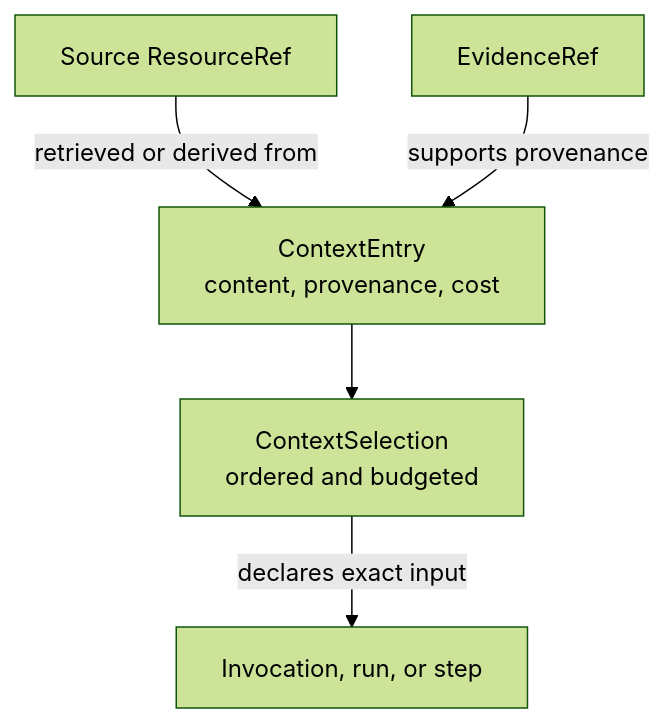
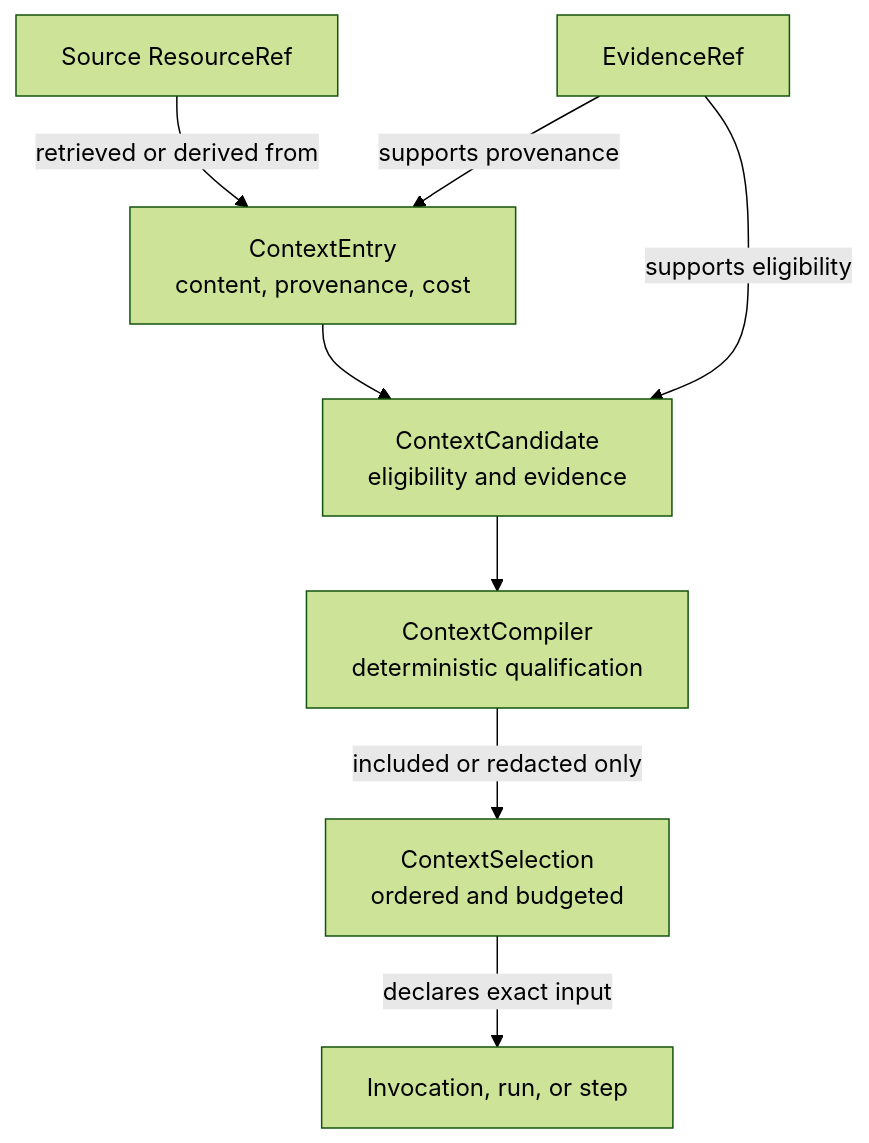
Before and after one commit to theGeekist/llm-core: the diagram in docs/capabilities/context.md, drawn with Mermaid (forest theme). The commit also changed other lines of this file and 5 other files, not shown here.

Commit message:
feat(context): add eligibility compiler

````diff
--- a/docs/capabilities/context.md
+++ b/docs/capabilities/context.md
@@ -24,13 +60,18 @@
 ```mermaid
 flowchart TB
   Source["Source ResourceRef"]
   Evidence["EvidenceRef"]
   Entry["ContextEntry<br/>content, provenance, cost"]
+  Candidate["ContextCandidate<br/>eligibility and evidence"]
+  Compiler["ContextCompiler<br/>deterministic qualification"]
   Manifest["ContextSelection<br/>ordered and budgeted"]
   Invocation["Invocation, run, or step"]
 
   Source -->|"retrieved or derived from"| Entry
   Evidence -->|"supports provenance"| Entry
-  Entry --> Manifest
+  Entry --> Candidate
+  Evidence -->|"supports eligibility"| Candidate
+  Candidate --> Compiler
+  Compiler -->|"included or redacted only"| Manifest
   Manifest -->|"declares exact input"| Invocation
 ```
````
